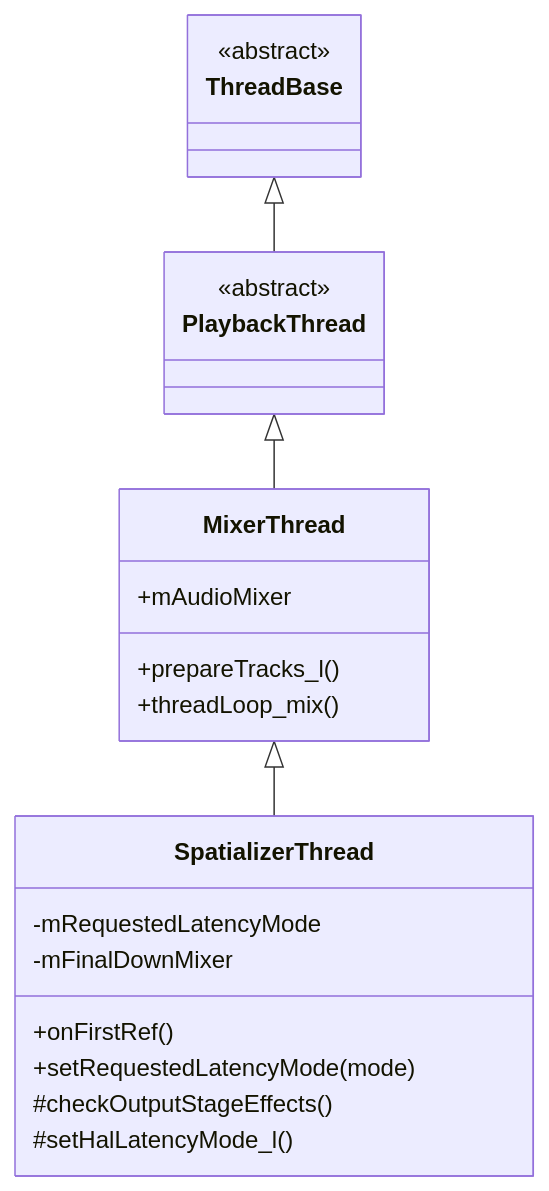
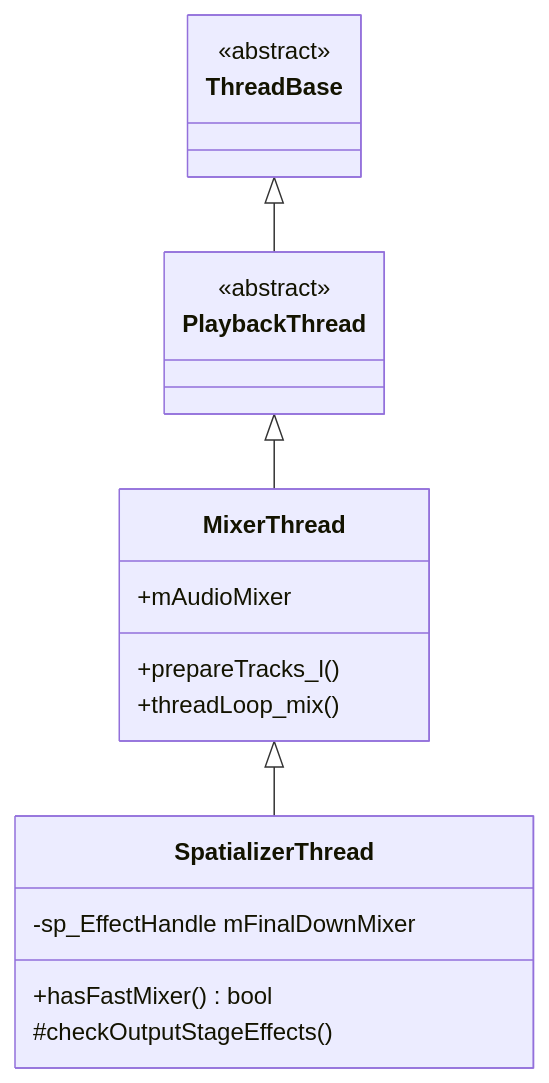
The first of 4 diagrams in 05_AudioFlinger/05_5.17_SpatializerThread与BitPerfectThread-特殊输出线程.md (yanglinzhen1022/SA8295_AAOS_QNX_Audio_KnowledgeBase), drawn with Mermaid before and after one commit. The commit also changed other lines of this file and 12 other files, not shown here.

````diff
--- a/05_AudioFlinger/05_5.17_SpatializerThread与BitPerfectThread-特殊输出线程.md
+++ b/05_AudioFlinger/05_5.17_SpatializerThread与BitPerfectThread-特殊输出线程.md
@@ -85,26 +70,23 @@
 ```mermaid
 classDiagram
     class ThreadBase {
         <<abstract>>
     }
     class PlaybackThread {
         <<abstract>>
     }
     class MixerThread {
         +prepareTracks_l()
         +threadLoop_mix()
         +mAudioMixer
     }
     class SpatializerThread {
-        -mRequestedLatencyMode
-        -mFinalDownMixer
-        +onFirstRef()
-        +setRequestedLatencyMode(mode)
+        -sp_EffectHandle mFinalDownMixer
+        +hasFastMixer() bool
         #checkOutputStageEffects()
-        #setHalLatencyMode_l()
     }
-    
+
     ThreadBase <|-- PlaybackThread
     PlaybackThread <|-- MixerThread
     MixerThread <|-- SpatializerThread
 ```
````
